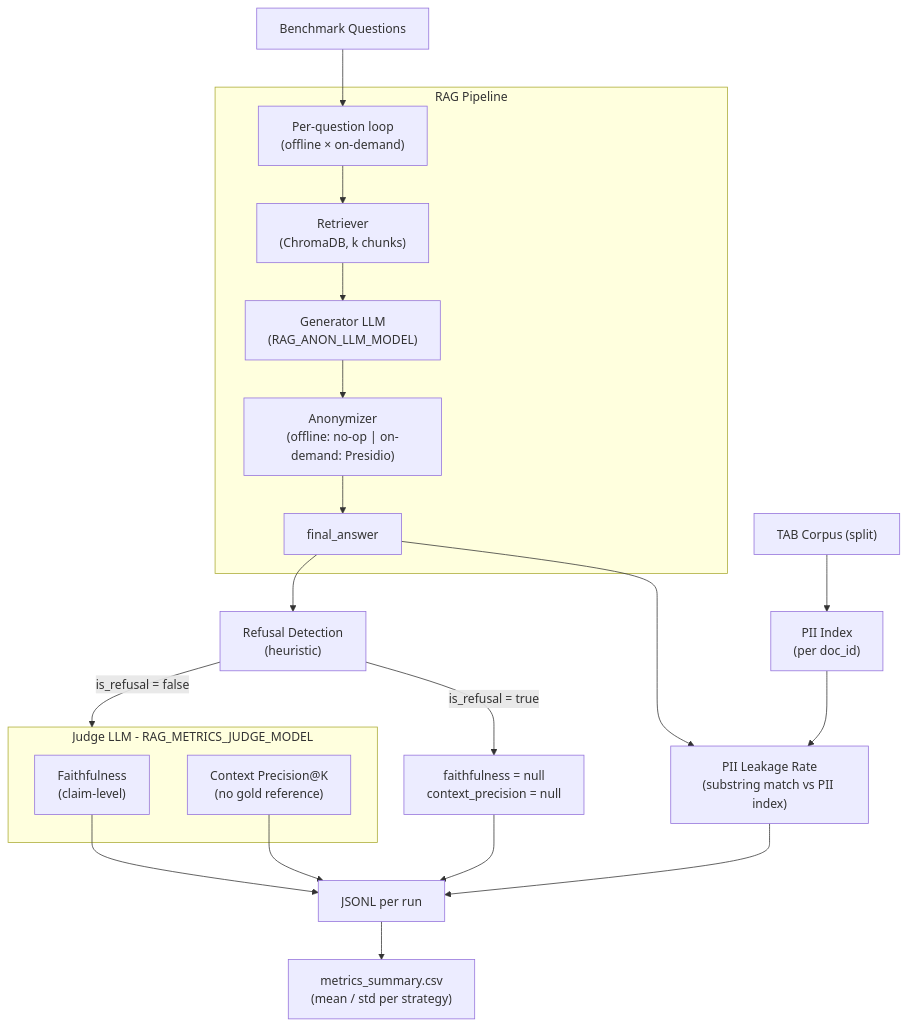
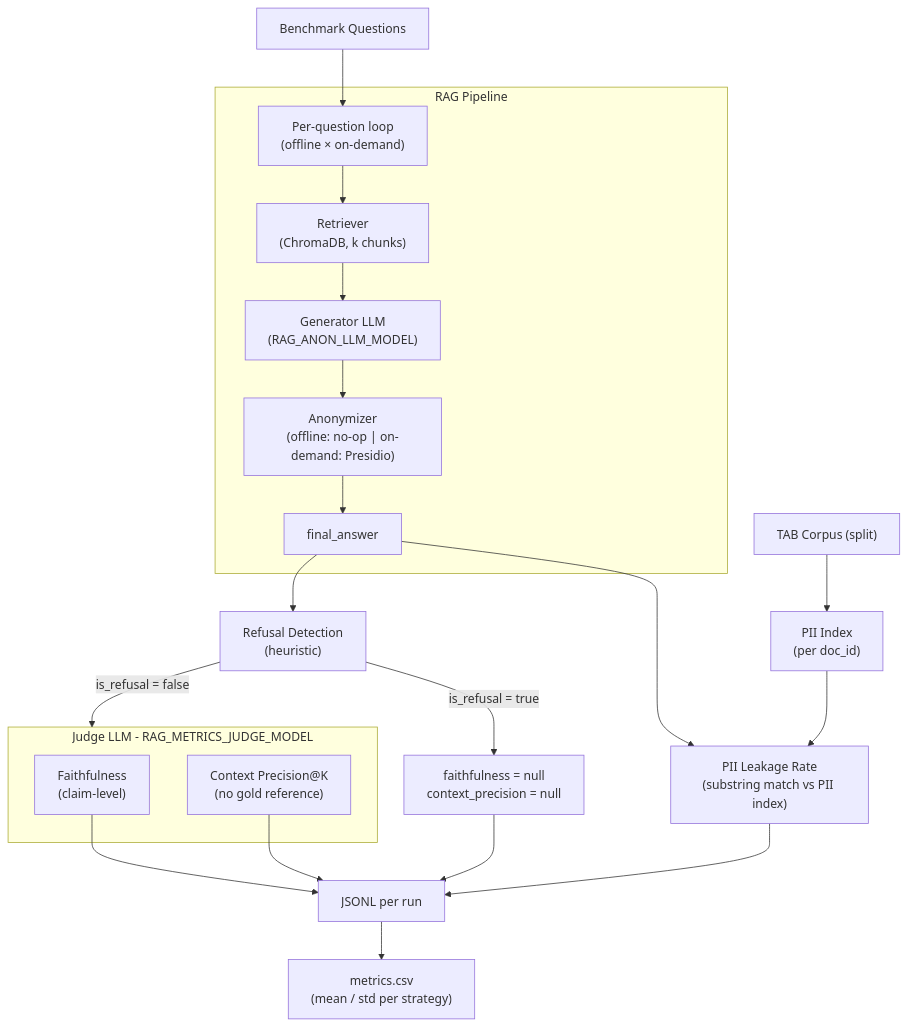
The diagram in README.md (matheusfbosa/rag-anonymous-metrics), drawn with Mermaid before and after one commit. The commit also changed other lines of this file and 2 other files, not shown here.

Commit message:
refactor: Update CSV output filename

````diff
--- a/README.md
+++ b/README.md
@@ -19,30 +19,30 @@
 ```mermaid
 flowchart TD
     corpus["TAB Corpus (split)"] --> pii_index["PII Index\n(per doc_id)"]
     questions["Benchmark Questions"] --> loop["Per-question loop\n(offline × on-demand)"]
 
     subgraph rag_pipeline [RAG Pipeline]
         loop --> retriever["Retriever\n(ChromaDB, k chunks)"]
         retriever --> generator["Generator LLM\n(RAG_ANON_LLM_MODEL)"]
         generator --> anon["Anonymizer\n(offline: no-op | on-demand: Presidio)"]
         anon --> final_answer["final_answer"]
     end
 
     final_answer --> pii_leakage["PII Leakage Rate\n(substring match vs PII index)"]
     final_answer --> refusal["Refusal Detection\n(heuristic)"]
     pii_index --> pii_leakage
 
     refusal -->|"is_refusal = false"| judge_block
     refusal -->|"is_refusal = true"| null_scores["faithfulness = null\ncontext_precision = null"]
 
     subgraph judge_block [Judge LLM - RAG_METRICS_JUDGE_MODEL]
         faithfulness["Faithfulness\n(claim-level)"]
         ctx_precision["Context Precision@K\n(no gold reference)"]
     end
 
     pii_leakage --> jsonl["JSONL per run"]
     null_scores --> jsonl
     faithfulness --> jsonl
     ctx_precision --> jsonl
-    jsonl --> csv["metrics_summary.csv\n(mean / std per strategy)"]
+    jsonl --> csv["metrics.csv\n(mean / std per strategy)"]
 ```
````
